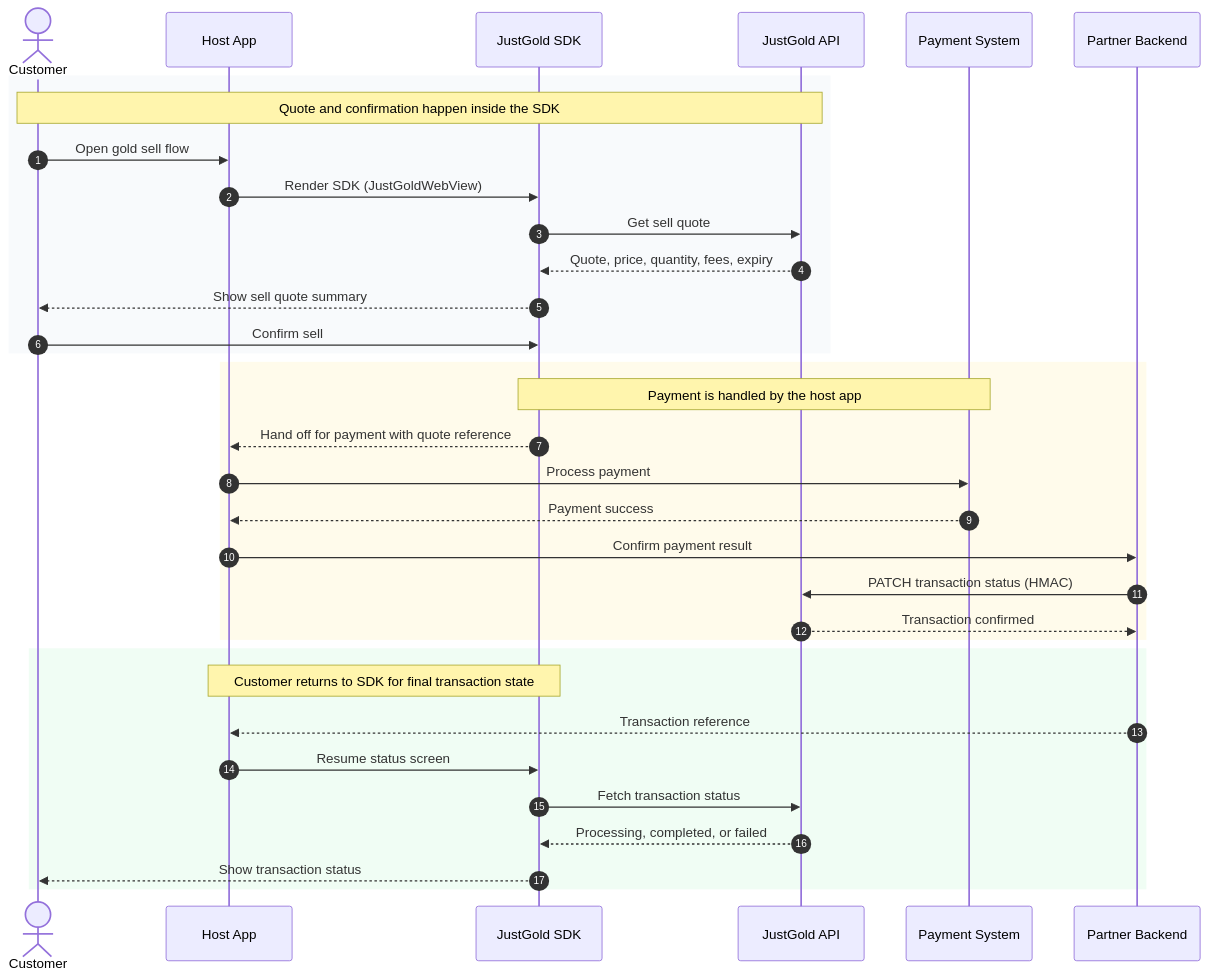
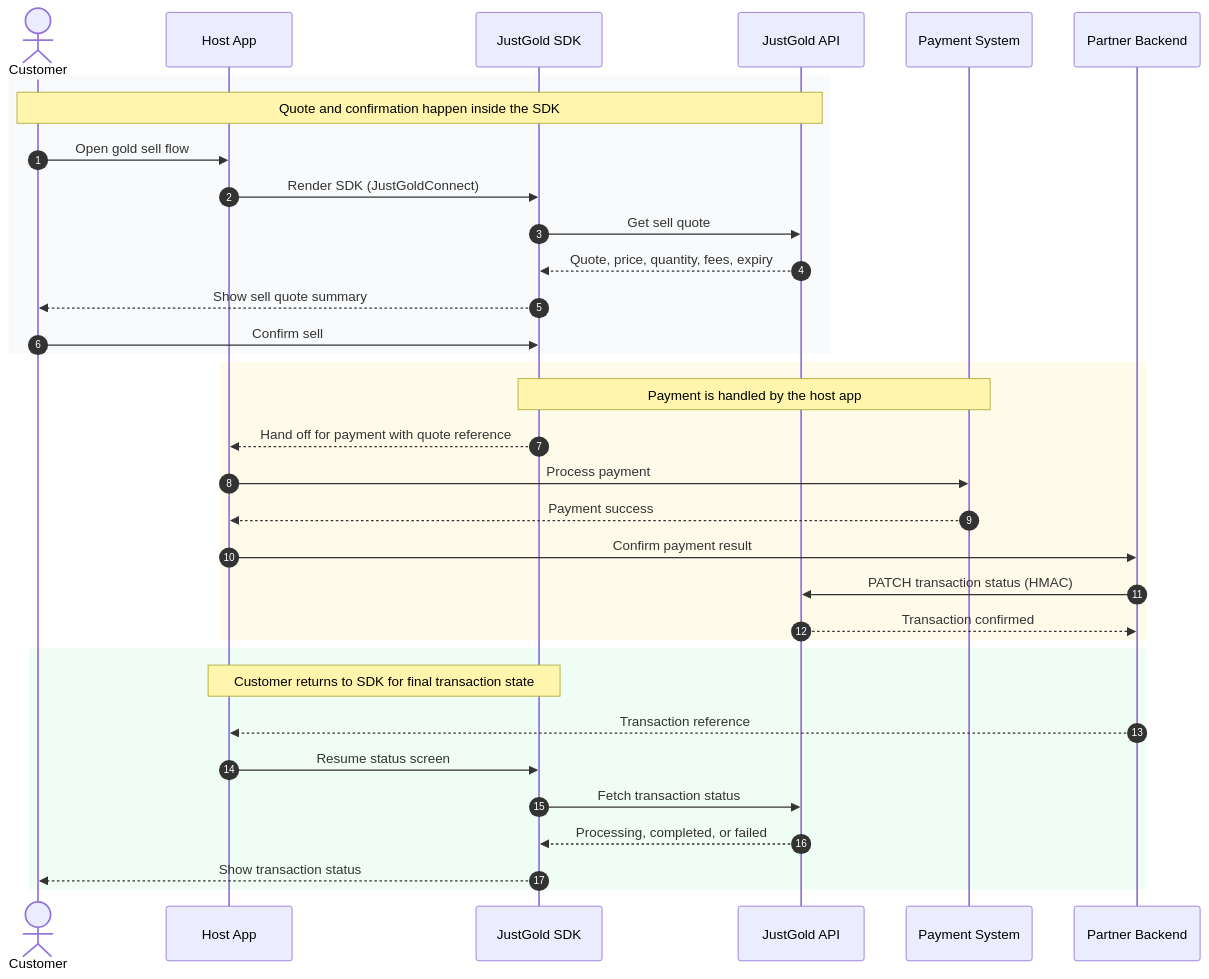
One commit to Just-Gold-JG/docs changed the third of 4 diagrams in sdk/overview.md. Above: the diagram before and after it, drawn with Mermaid. The commit also changed other lines of this file and 3 other files, not shown here.

````diff
--- a/sdk/overview.md
+++ b/sdk/overview.md
@@ -117,39 +117,39 @@
 ```mermaid
 sequenceDiagram
     autonumber
     actor Customer
     participant Host as Host App
     participant SDK as JustGold SDK
     participant JG as JustGold API
     participant Pay as Payment System
     participant Backend as Partner Backend
 
     rect rgb(248, 250, 252)
         Note over Customer,JG: Quote and confirmation happen inside the SDK
         Customer->>Host: Open gold sell flow
-        Host->>SDK: Render SDK (JustGoldWebView)
+        Host->>SDK: Render SDK (JustGoldConnect)
         SDK->>JG: Get sell quote
         JG-->>SDK: Quote, price, quantity, fees, expiry
         SDK-->>Customer: Show sell quote summary
         Customer->>SDK: Confirm sell
     end
 
     rect rgb(255, 251, 235)
         Note over SDK,Pay: Payment is handled by the host app
         SDK-->>Host: Hand off for payment with quote reference
         Host->>Pay: Process payment
         Pay-->>Host: Payment success
         Host->>Backend: Confirm payment result
         Backend->>JG: PATCH transaction status (HMAC)
         JG-->>Backend: Transaction confirmed
     end
 
     rect rgb(240, 253, 244)
         Note over Host,SDK: Customer returns to SDK for final transaction state
         Backend-->>Host: Transaction reference
         Host->>SDK: Resume status screen
         SDK->>JG: Fetch transaction status
         JG-->>SDK: Processing, completed, or failed
         SDK-->>Customer: Show transaction status
     end
 ```
````
